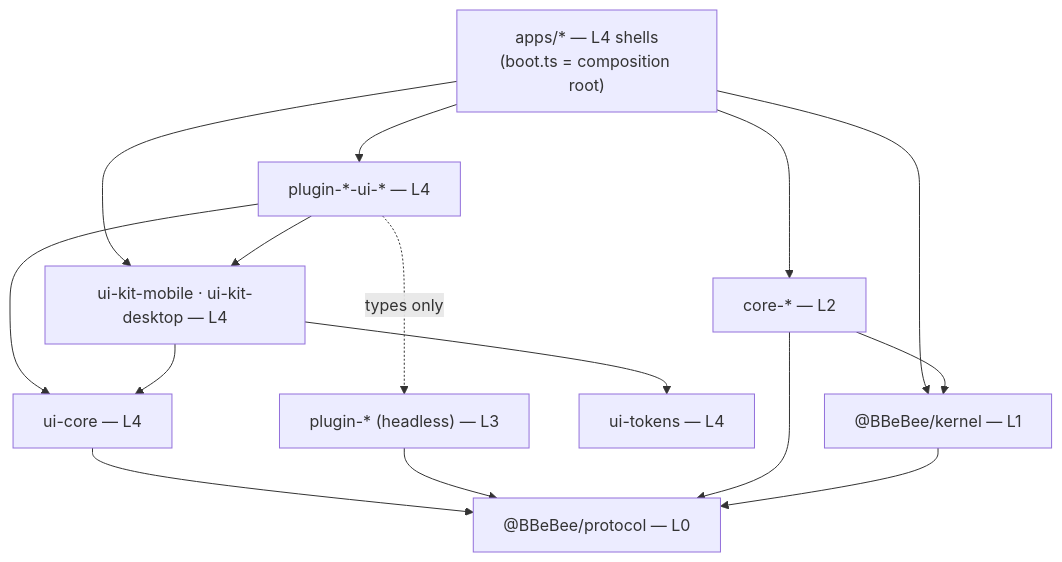
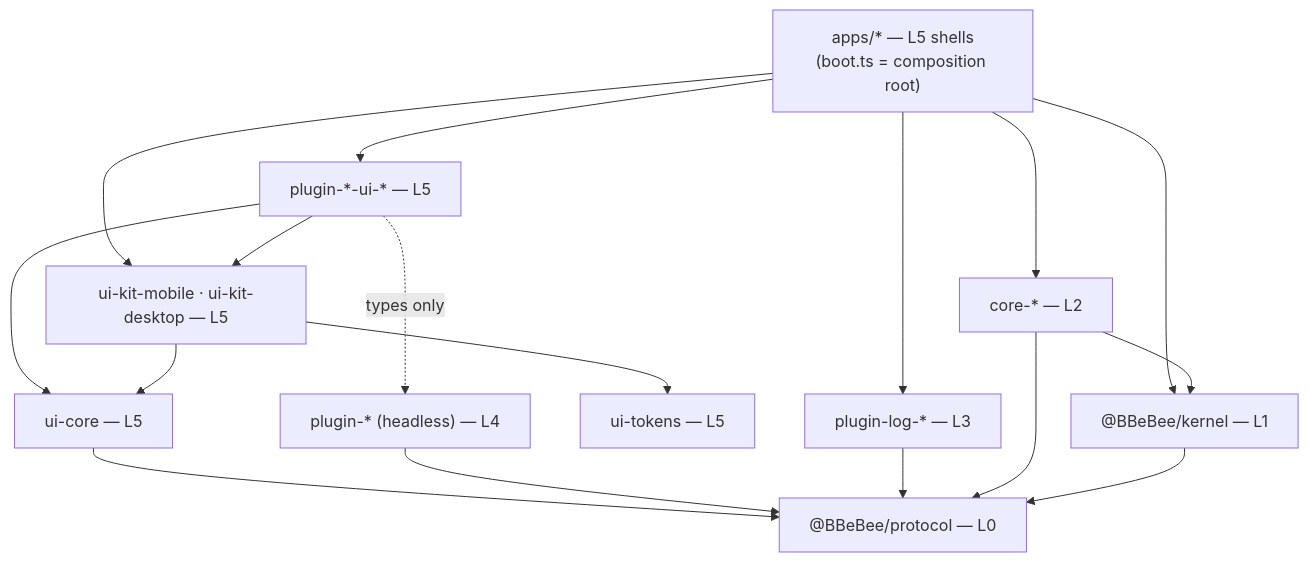
Before and after one commit to BBeBeeX/B_Be_Bee_X: the diagram in docs/09-project-structure.md, drawn with Mermaid. The commit also changed other lines of this file and 39 other files, not shown here.

````diff
--- a/docs/09-project-structure.md
+++ b/docs/09-project-structure.md
@@ -261,17 +281,19 @@
 ```mermaid
 flowchart TD
-    apps["apps/* — L4 shells<br/>(boot.ts = composition root)"] --> uikit["ui-kit-mobile · ui-kit-desktop — L4"]
+    apps["apps/* — L5 shells<br/>(boot.ts = composition root)"] --> uikit["ui-kit-mobile · ui-kit-desktop — L5"]
     apps --> kernel["@BBeBee/kernel — L1"]
-    apps --> pluginui["plugin-*-ui-* — L4"]
+    apps --> pluginui["plugin-*-ui-* — L5"]
     pluginui --> uikit
-    pluginui --> uicore["ui-core — L4"]
+    pluginui --> uicore["ui-core — L5"]
     uikit --> uicore
-    uikit --> tokens["ui-tokens — L4"]
+    uikit --> tokens["ui-tokens — L5"]
     uicore --> protocol["@BBeBee/protocol — L0"]
-    pluginui -.->|types only| headless["plugin-* (headless) — L3"]
+    pluginui -.->|types only| headless["plugin-* (headless) — L4"]
     headless --> protocol
+    logs["plugin-log-* — L3"] --> protocol
     core["core-* — L2"] --> protocol
     core --> kernel
     kernel --> protocol
     apps --> core
+    apps --> logs
 ```
````
